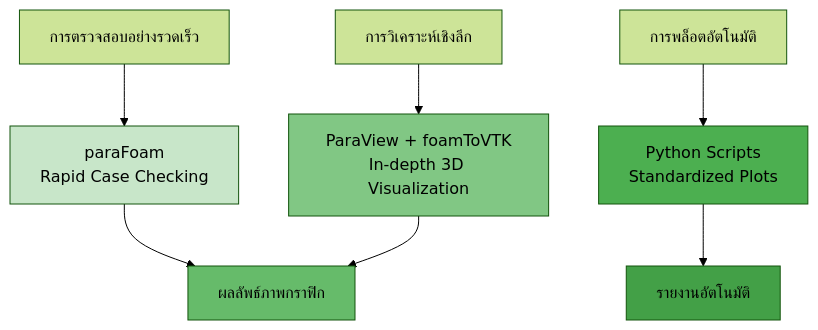
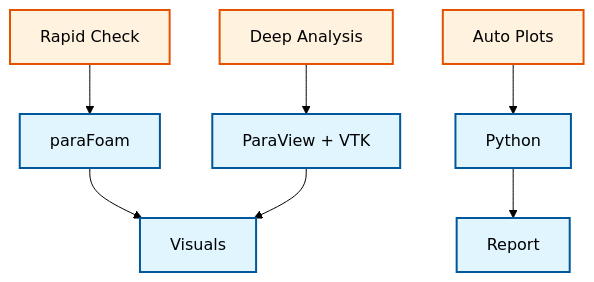
One commit to wramet/build-my-cfd changed the second of 3 diagrams in MODULE_07_UTILITIES_AUTOMATION/CONTENT/04_VISUALIZATION/00_Overview.md. Above: the diagram before and after it, drawn with Mermaid (forest theme). The commit also changed other lines of this file and 313 other files, not shown here.

Commit message:
Revise all diagram

````diff
--- a/MODULE_07_UTILITIES_AUTOMATION/CONTENT/04_VISUALIZATION/00_Overview.md
+++ b/MODULE_07_UTILITIES_AUTOMATION/CONTENT/04_VISUALIZATION/00_Overview.md
@@ -191,16 +188,12 @@
 ```mermaid
 flowchart TD
-    A[การตรวจสอบอย่างรวดเร็ว] --> B[paraFoam<br/>Rapid Case Checking]
-    C[การวิเคราะห์เชิงลึก] --> D[ParaView + foamToVTK<br/>In-depth 3D Visualization]
-    E[การพล็อตอัตโนมัติ] --> F[Python Scripts<br/>Standardized Plots]
+classDef implicit fill:#e1f5fe,stroke:#01579b,stroke-width:2px,color:#000
+classDef explicit fill:#fff3e0,stroke:#e65100,stroke-width:2px,color:#000
 
-    B --> G[ผลลัพธ์ภาพกราฟิก]
-    D --> G
-    F --> H[รายงานอัตโนมัติ]
+A[Rapid Check]:::explicit --> B[paraFoam]:::implicit
+C[Deep Analysis]:::explicit --> D[ParaView + VTK]:::implicit
+E[Auto Plots]:::explicit --> F[Python]:::implicit
 
-    style B fill:#c8e6c9
-    style D fill:#81c784
-    style F fill:#4caf50
-    style G fill:#66bb6a
-    style H fill:#43a047
+B & D --> G[Visuals]:::implicit
+F --> H[Report]:::implicit
 ```
````
